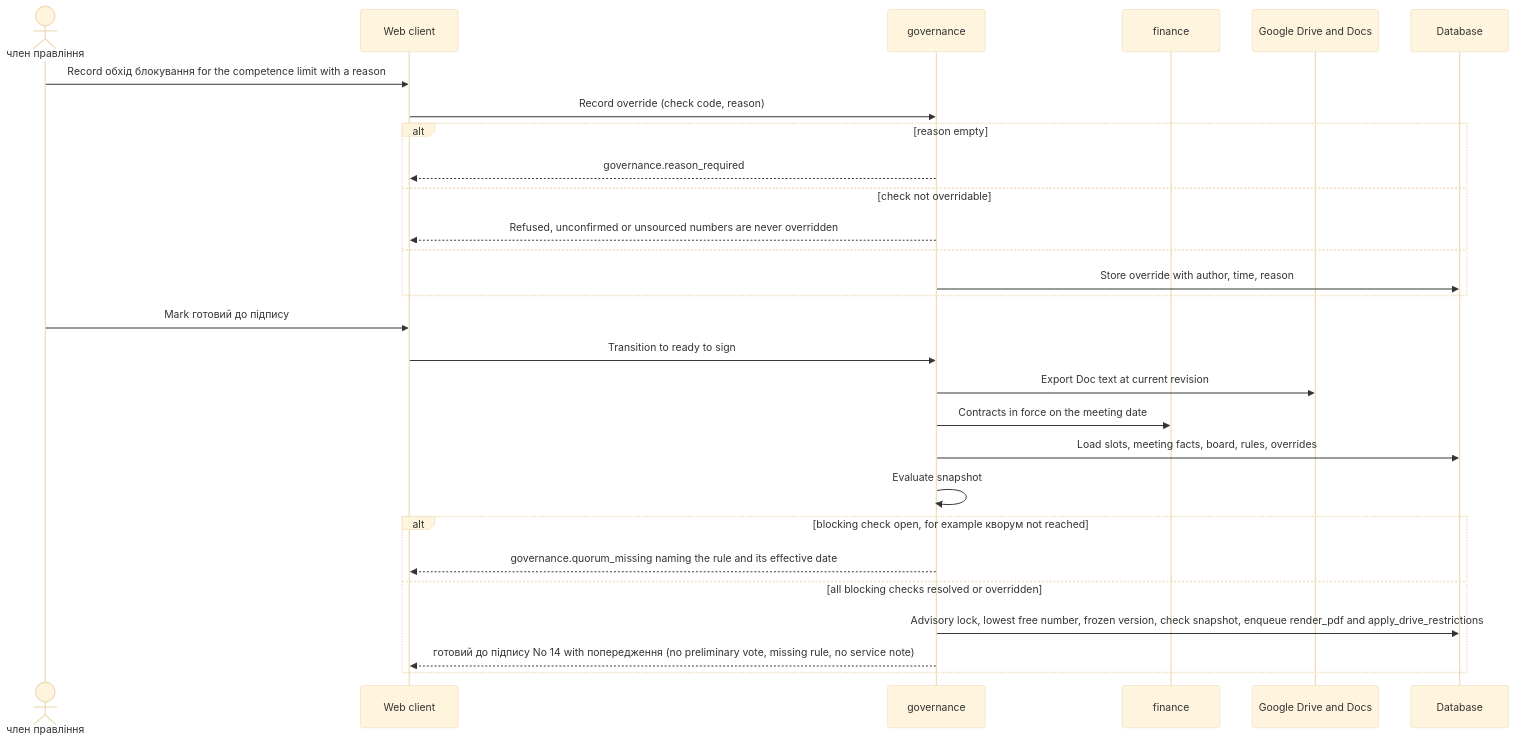
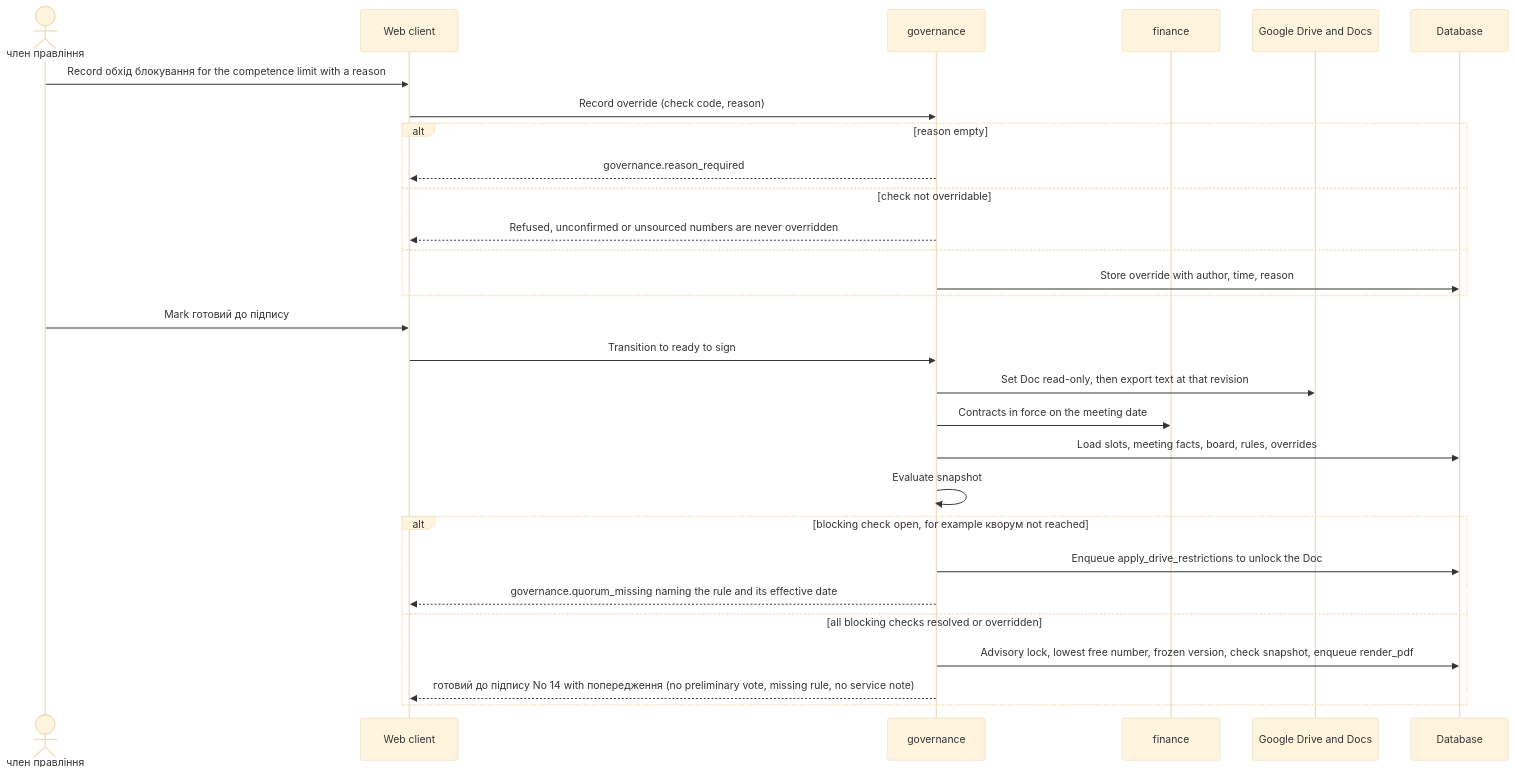
One commit to AndriiOpryshko/spilno changed the fifth of 11 diagrams in docs/features/board-protocol/sad.ao-architecture.md. Above: the diagram before and after it, drawn with Mermaid (base theme). The commit also changed other lines of this file and 4 other files, not shown here.

First line of the commit message:
03: SAD + ADR for board-protocol via ao-architecture

````diff
--- a/docs/features/board-protocol/sad.ao-architecture.md
+++ b/docs/features/board-protocol/sad.ao-architecture.md
@@ -268,30 +283,31 @@
 ```mermaid
 sequenceDiagram
     actor M as член правління
     participant web as Web client
     participant gov as governance
     participant fin as finance
     participant drive as Google Drive and Docs
     participant db as Database
     M->>web: Record обхід блокування for the competence limit with a reason
     web->>gov: Record override (check code, reason)
     alt reason empty
         gov-->>web: governance.reason_required
     else check not overridable
         gov-->>web: Refused, unconfirmed or unsourced numbers are never overridden
     else
         gov->>db: Store override with author, time, reason
     end
     M->>web: Mark готовий до підпису
     web->>gov: Transition to ready to sign
-    gov->>drive: Export Doc text at current revision
+    gov->>drive: Set Doc read-only, then export text at that revision
     gov->>fin: Contracts in force on the meeting date
     gov->>db: Load slots, meeting facts, board, rules, overrides
     gov->>gov: Evaluate snapshot
     alt blocking check open, for example кворум not reached
+        gov->>db: Enqueue apply_drive_restrictions to unlock the Doc
         gov-->>web: governance.quorum_missing naming the rule and its effective date
     else all blocking checks resolved or overridden
-        gov->>db: Advisory lock, lowest free number, frozen version, check snapshot, enqueue render_pdf and apply_drive_restrictions
+        gov->>db: Advisory lock, lowest free number, frozen version, check snapshot, enqueue render_pdf
         gov-->>web: готовий до підпису No 14 with попередження (no preliminary vote, missing rule, no service note)
     end
 ```
````
